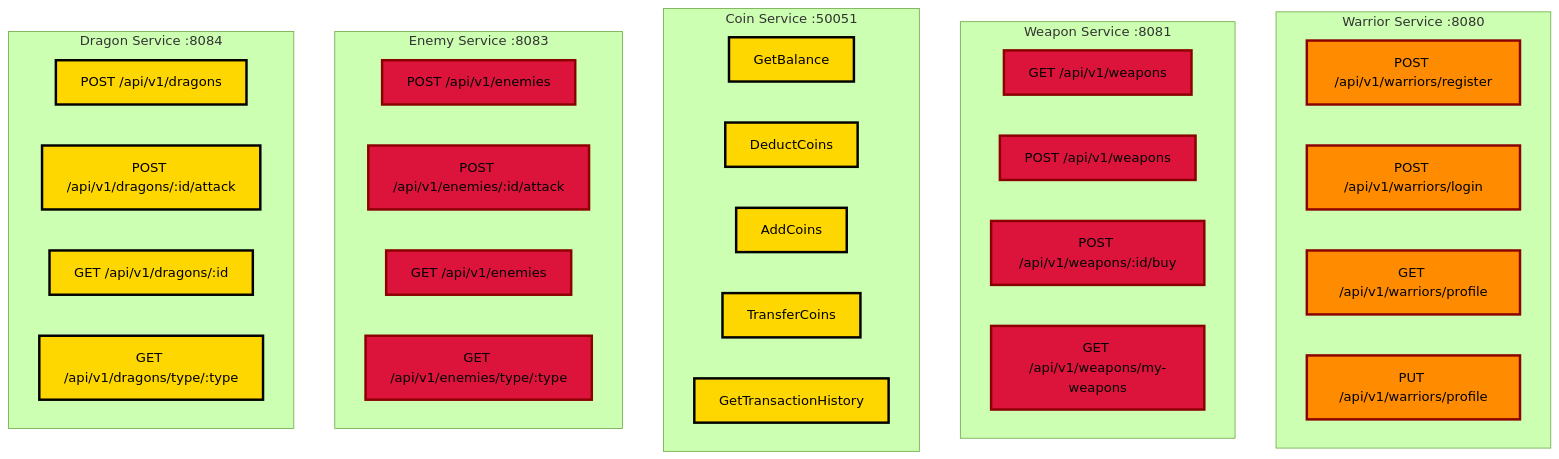
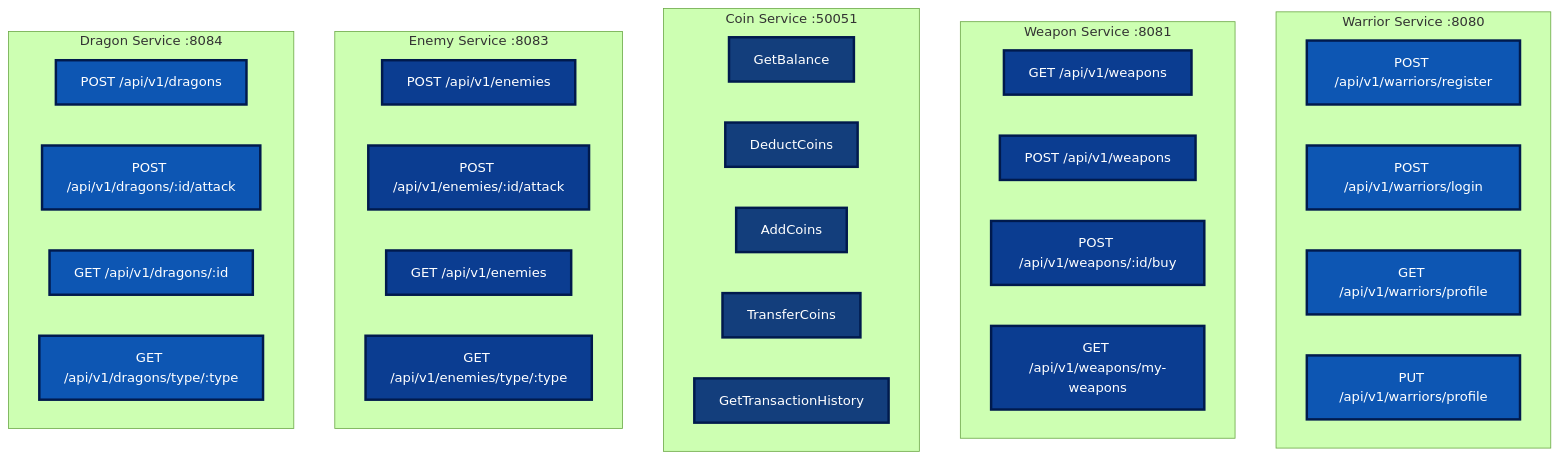
One commit to tiraten-bot/network-sec-micro changed diagram 11 of 12 in README.md. Above: the diagram before and after it, drawn with Mermaid (forest theme).

Commit message:
Update README.md to modify architecture diagram styles with a new color scheme, improving visual consistency and clarity across the documentation.

````diff
--- a/README.md
+++ b/README.md
@@ -526,60 +526,60 @@
 ```mermaid
 graph TB
     subgraph "Warrior Service :8080"
         W1[POST /api/v1/warriors/register]
         W2[POST /api/v1/warriors/login]
         W3[GET /api/v1/warriors/profile]
         W4[PUT /api/v1/warriors/profile]
     end
     
     subgraph "Weapon Service :8081"
         WP1[GET /api/v1/weapons]
         WP2[POST /api/v1/weapons]
         WP3[POST /api/v1/weapons/:id/buy]
         WP4[GET /api/v1/weapons/my-weapons]
     end
     
     subgraph "Coin Service :50051"
         C1[GetBalance]
         C2[DeductCoins]
         C3[AddCoins]
         C4[TransferCoins]
         C5[GetTransactionHistory]
     end
     
     subgraph "Enemy Service :8083"
         E1[POST /api/v1/enemies]
         E2[POST /api/v1/enemies/:id/attack]
         E3[GET /api/v1/enemies]
         E4[GET /api/v1/enemies/type/:type]
     end
     
     subgraph "Dragon Service :8084"
         D1[POST /api/v1/dragons]
         D2[POST /api/v1/dragons/:id/attack]
         D3[GET /api/v1/dragons/:id]
         D4[GET /api/v1/dragons/type/:type]
     end
     
-    style W1 fill:#FF8C00,stroke:#8B0000,stroke-width:3px
-    style W2 fill:#FF8C00,stroke:#8B0000,stroke-width:3px
-    style W3 fill:#FF8C00,stroke:#8B0000,stroke-width:3px
-    style W4 fill:#FF8C00,stroke:#8B0000,stroke-width:3px
-    style WP1 fill:#DC143C,stroke:#8B0000,stroke-width:3px
-    style WP2 fill:#DC143C,stroke:#8B0000,stroke-width:3px
-    style WP3 fill:#DC143C,stroke:#8B0000,stroke-width:3px
-    style WP4 fill:#DC143C,stroke:#8B0000,stroke-width:3px
-    style C1 fill:#FFD700,stroke:#000000,stroke-width:3px
-    style C2 fill:#FFD700,stroke:#000000,stroke-width:3px
-    style C3 fill:#FFD700,stroke:#000000,stroke-width:3px
-    style C4 fill:#FFD700,stroke:#000000,stroke-width:3px
-    style C5 fill:#FFD700,stroke:#000000,stroke-width:3px
-    style E1 fill:#DC143C,stroke:#8B0000,stroke-width:3px
-    style E2 fill:#DC143C,stroke:#8B0000,stroke-width:3px
-    style E3 fill:#DC143C,stroke:#8B0000,stroke-width:3px
-    style E4 fill:#DC143C,stroke:#8B0000,stroke-width:3px
-    style D1 fill:#FFD700,stroke:#000000,stroke-width:3px
-    style D2 fill:#FFD700,stroke:#000000,stroke-width:3px
-    style D3 fill:#FFD700,stroke:#000000,stroke-width:3px
-    style D4 fill:#FFD700,stroke:#000000,stroke-width:3px
+    style W1 fill:#0d56b3,stroke:#001a4d,stroke-width:3px,color:#ffffff
+    style W2 fill:#0d56b3,stroke:#001a4d,stroke-width:3px,color:#ffffff
+    style W3 fill:#0d56b3,stroke:#001a4d,stroke-width:3px,color:#ffffff
+    style W4 fill:#0d56b3,stroke:#001a4d,stroke-width:3px,color:#ffffff
+    style WP1 fill:#0b3d91,stroke:#001a4d,stroke-width:3px,color:#ffffff
+    style WP2 fill:#0b3d91,stroke:#001a4d,stroke-width:3px,color:#ffffff
+    style WP3 fill:#0b3d91,stroke:#001a4d,stroke-width:3px,color:#ffffff
+    style WP4 fill:#0b3d91,stroke:#001a4d,stroke-width:3px,color:#ffffff
+    style C1 fill:#133e7c,stroke:#001a4d,stroke-width:3px,color:#ffffff
+    style C2 fill:#133e7c,stroke:#001a4d,stroke-width:3px,color:#ffffff
+    style C3 fill:#133e7c,stroke:#001a4d,stroke-width:3px,color:#ffffff
+    style C4 fill:#133e7c,stroke:#001a4d,stroke-width:3px,color:#ffffff
+    style C5 fill:#133e7c,stroke:#001a4d,stroke-width:3px,color:#ffffff
+    style E1 fill:#0b3d91,stroke:#001a4d,stroke-width:3px,color:#ffffff
+    style E2 fill:#0b3d91,stroke:#001a4d,stroke-width:3px,color:#ffffff
+    style E3 fill:#0b3d91,stroke:#001a4d,stroke-width:3px,color:#ffffff
+    style E4 fill:#0b3d91,stroke:#001a4d,stroke-width:3px,color:#ffffff
+    style D1 fill:#0d56b3,stroke:#001a4d,stroke-width:3px,color:#ffffff
+    style D2 fill:#0d56b3,stroke:#001a4d,stroke-width:3px,color:#ffffff
+    style D3 fill:#0d56b3,stroke:#001a4d,stroke-width:3px,color:#ffffff
+    style D4 fill:#0d56b3,stroke:#001a4d,stroke-width:3px,color:#ffffff
 ```
````
